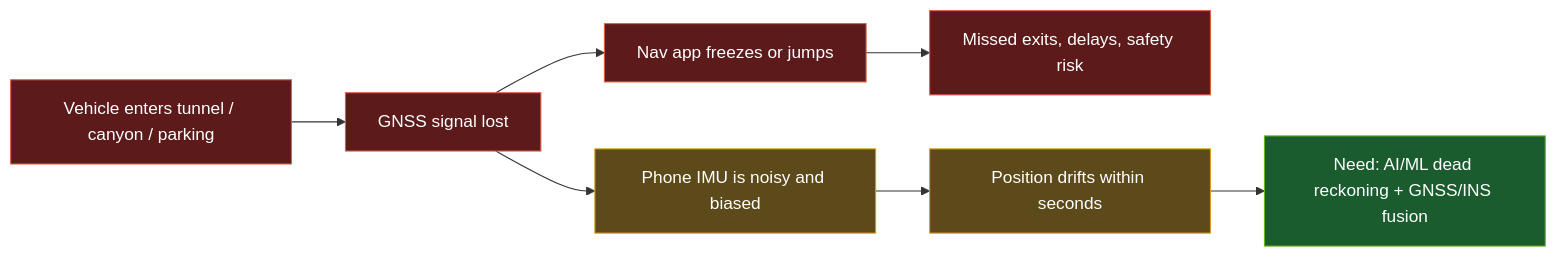
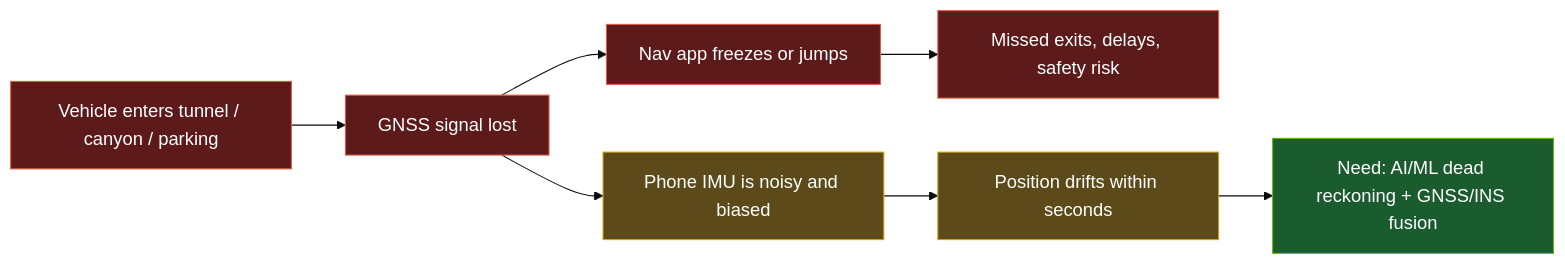
One commit to Team-TechGen-NITC/IMU-Dead-Reckoning changed the second of 8 diagrams in README.md. Above: the diagram before and after it, drawn with Mermaid.

````diff
--- a/README.md
+++ b/README.md
@@ -62,13 +62,15 @@
 ```mermaid
+%%{init: {'theme':'base','themeVariables':{
+'fontSize':'17px'}}}%%
 flowchart LR
     A["Vehicle enters tunnel / canyon / parking"]:::bad --> B["GNSS signal lost"]:::bad
     B --> C["Nav app freezes or jumps"]:::bad
     C --> D["Missed exits, delays, safety risk"]:::bad
     B --> E["Phone IMU is noisy and biased"]:::warn
     E --> F["Position drifts within seconds"]:::warn
     F --> G["Need: AI/ML dead reckoning + GNSS/INS fusion"]:::good
 
     classDef bad fill:#5c1a1a,stroke:#e05d44,color:#fff
     classDef warn fill:#5c4a1a,stroke:#d4a017,color:#fff
     classDef good fill:#1a5c2e,stroke:#66b512,color:#fff
 ```
````
